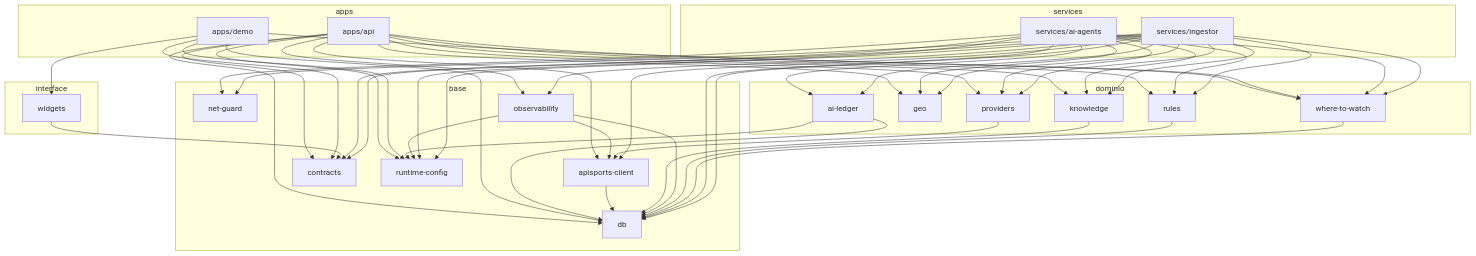
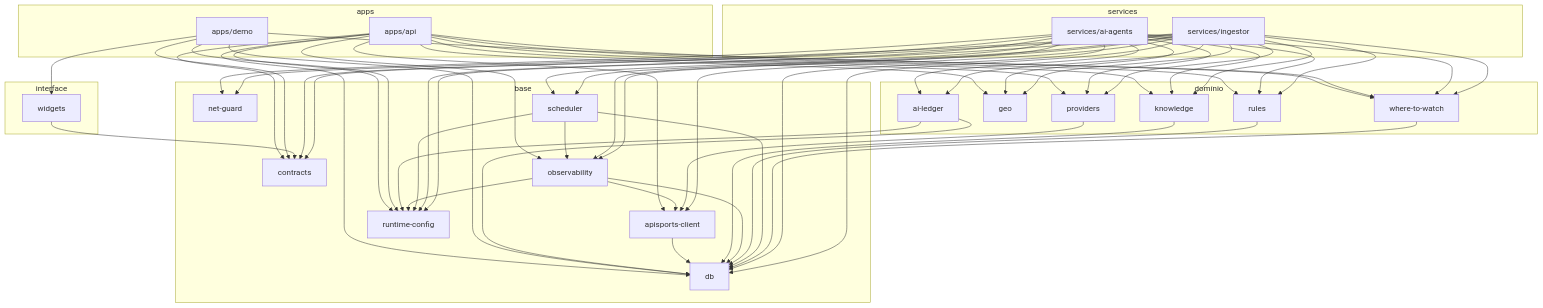
Before and after one commit to galaxie-works/galaxie-sports: the diagram in docs/15-organizacao-do-monorepo.md, drawn with Mermaid. The commit also changed other lines of this file and 37 other files, not shown here.

First line of the commit message:
feat(agents): entrada própria para o scheduler dos agentes, com o motor em @galaxie/scheduler (#547)

````diff
--- a/docs/15-organizacao-do-monorepo.md
+++ b/docs/15-organizacao-do-monorepo.md
@@ -57,43 +59,45 @@
 ```mermaid
 flowchart TB
   subgraph apps
     apps_api[apps/api]
     apps_demo[apps/demo]
   end
   subgraph services
     services_ai_agents[services/ai-agents]
     services_ingestor[services/ingestor]
   end
   subgraph domínio
     packages_ai_ledger[ai-ledger]
     packages_geo[geo]
     packages_knowledge[knowledge]
     packages_providers[providers]
     packages_rules[rules]
     packages_where_to_watch[where-to-watch]
   end
   subgraph base
     packages_apisports_client[apisports-client]
     packages_contracts[contracts]
     packages_db[db]
     packages_net_guard[net-guard]
     packages_observability[observability]
     packages_runtime_config[runtime-config]
+    packages_scheduler[scheduler]
   end
   subgraph interface
     packages_widgets[widgets]
   end
 
   apps_api --> packages_apisports_client & packages_contracts & packages_db & packages_geo & packages_knowledge & packages_observability & packages_providers & packages_rules & packages_runtime_config & packages_where_to_watch
   apps_demo --> packages_contracts & packages_db & packages_runtime_config & packages_where_to_watch & packages_widgets
   packages_ai_ledger --> packages_db & packages_runtime_config
   packages_apisports_client --> packages_db
   packages_knowledge --> packages_db
   packages_observability --> packages_apisports_client & packages_db & packages_runtime_config
   packages_providers --> packages_apisports_client
   packages_rules --> packages_db
+  packages_scheduler --> packages_db & packages_observability & packages_runtime_config
   packages_where_to_watch --> packages_db
   packages_widgets --> packages_contracts
-  services_ai_agents --> packages_ai_ledger & packages_contracts & packages_db & packages_geo & packages_knowledge & packages_net_guard & packages_providers & packages_rules & packages_runtime_config & packages_where_to_watch
-  services_ingestor --> packages_ai_ledger & packages_apisports_client & packages_contracts & packages_db & packages_geo & packages_knowledge & packages_net_guard & packages_observability & packages_providers & packages_rules & packages_runtime_config & packages_where_to_watch
+  services_ai_agents --> packages_ai_ledger & packages_contracts & packages_db & packages_geo & packages_knowledge & packages_net_guard & packages_observability & packages_providers & packages_rules & packages_runtime_config & packages_scheduler & packages_where_to_watch
+  services_ingestor --> packages_ai_ledger & packages_apisports_client & packages_contracts & packages_db & packages_geo & packages_knowledge & packages_net_guard & packages_observability & packages_providers & packages_rules & packages_runtime_config & packages_scheduler & packages_where_to_watch
 ```
````
